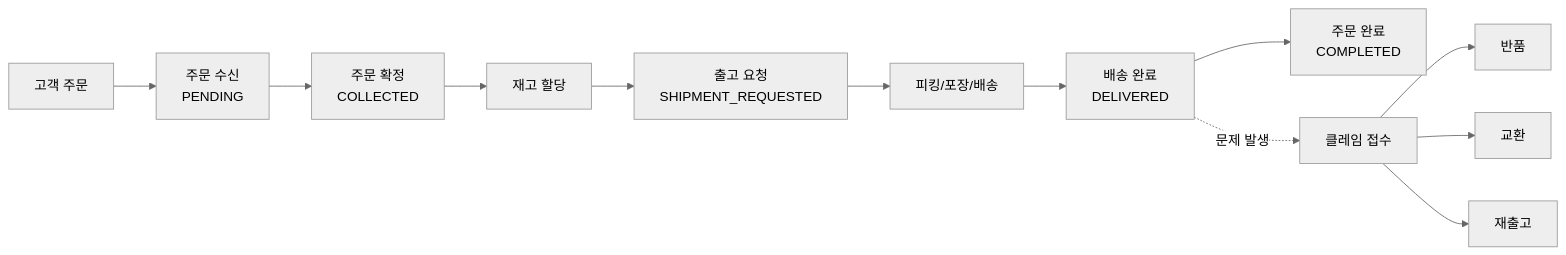
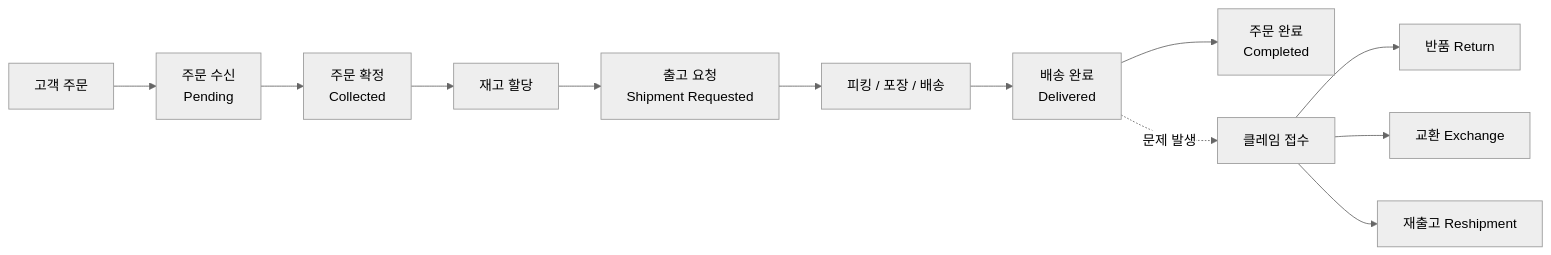
One commit to gmldudrkd/oms_manual changed the diagram in docs/intro.md. Above: the diagram before and after it, drawn with Mermaid (neutral theme). The commit also changed other lines of this file and 118 other files, not shown here.

````diff
--- a/docs/intro.md
+++ b/docs/intro.md
@@ -29,15 +36,15 @@
 ```mermaid
 graph LR
-    A[고객 주문] --> B[주문 수신<br/>PENDING]
-    B --> C[주문 확정<br/>COLLECTED]
+    A[고객 주문] --> B[주문 수신<br/>Pending]
+    B --> C[주문 확정<br/>Collected]
     C --> D[재고 할당]
-    D --> E[출고 요청<br/>SHIPMENT_REQUESTED]
-    E --> F[피킹/포장/배송]
-    F --> G[배송 완료<br/>DELIVERED]
-    G --> H[주문 완료<br/>COMPLETED]
+    D --> E[출고 요청<br/>Shipment Requested]
+    E --> F[피킹 / 포장 / 배송]
+    F --> G[배송 완료<br/>Delivered]
+    G --> H[주문 완료<br/>Completed]
 
     G -.->|문제 발생| I[클레임 접수]
-    I --> J[반품]
-    I --> K[교환]
-    I --> L[재출고]
+    I --> J[반품 Return]
+    I --> K[교환 Exchange]
+    I --> L[재출고 Reshipment]
 ```
````
